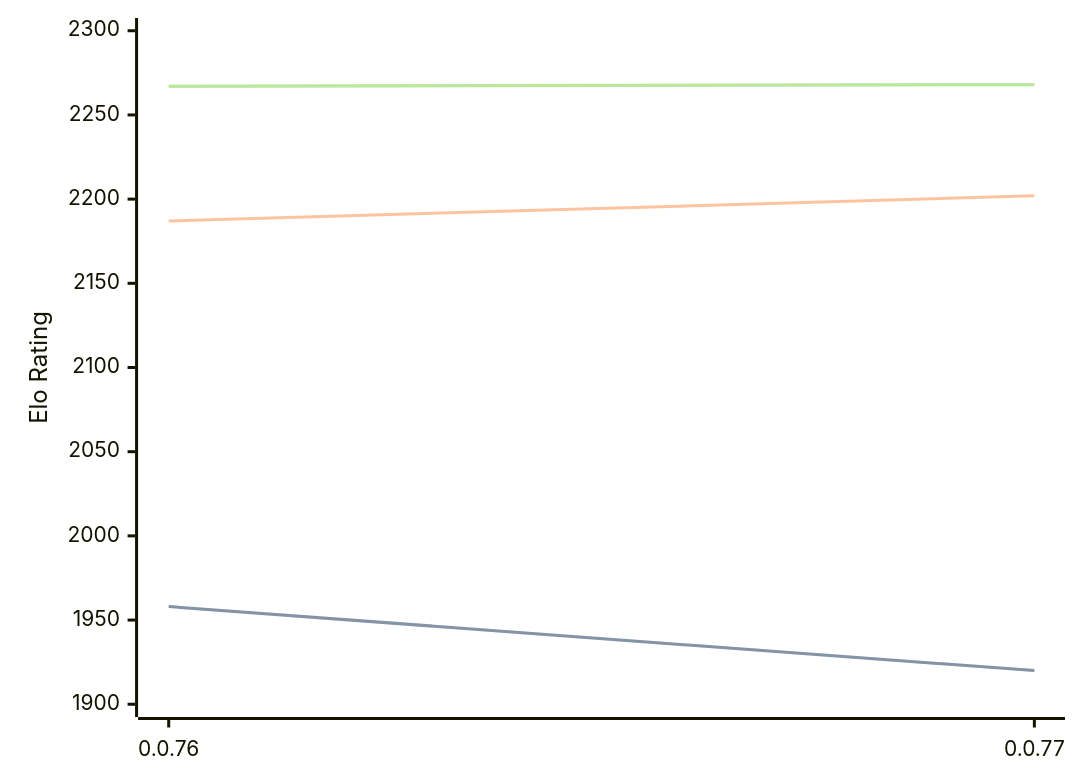
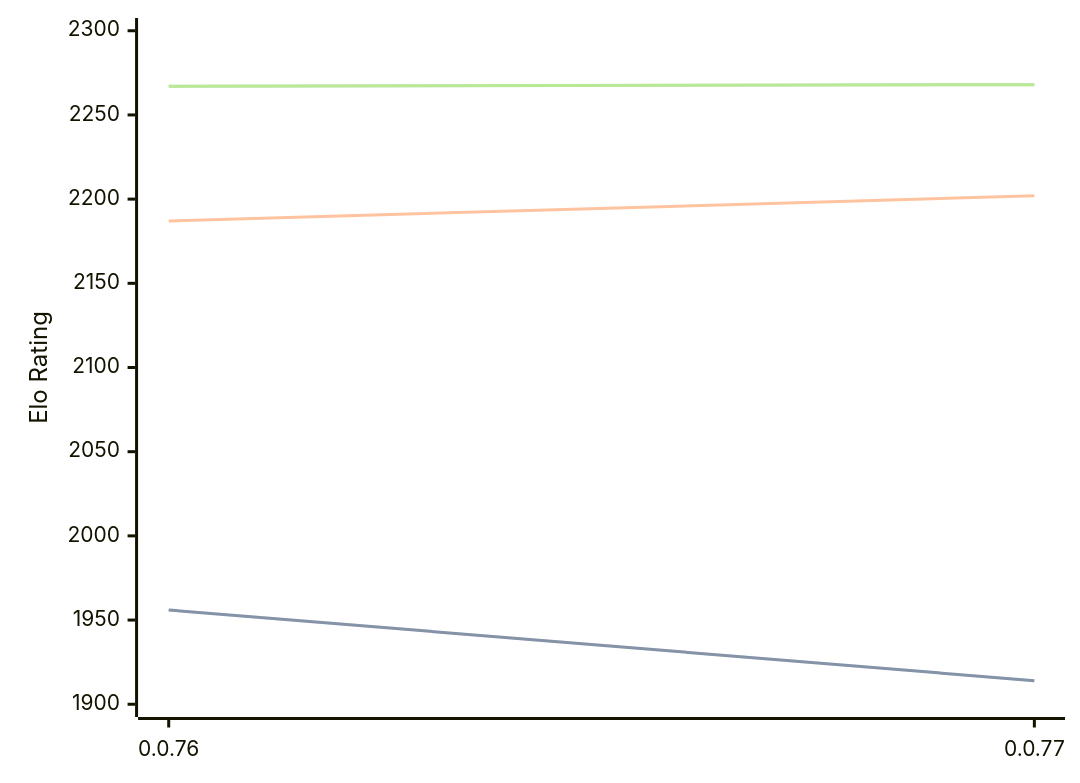
One commit to computer-chess-index/cci changed the diagram in engines/Fktb.md. Above: the diagram before and after it, drawn with Mermaid. The commit also changed other lines of this file, not shown here.

````diff
--- a/engines/Fktb.md
+++ b/engines/Fktb.md
@@ -30,11 +30,11 @@
 ```mermaid
 %%{init: {"theme":"base","themeVariables":{"seriesColors:['#a3a3a3','#222221','#faa371']}}}%%
 xychart-beta
   x-axis ["0.0.76", "0.0.77"]
   y-axis "Elo Rating" 1900 --> 2300
-  line "STC (8.0+0.08s)" [1958, 1920]
-  line "STC (8.0+0.08s)" [1958, 1920]
+  line "STC (8.0+0.08s)" [1956, 1914]
+  line "STC (8.0+0.08s)" [1956, 1914]
   line "LTC (60.0+0.60s)" [2187, 2202]
   line "VLTC (2m24s+1.12s)" [2267, 2268]
   line "VLTC (2m24s+1.12s)" [2267, 2268]
 ```
````
